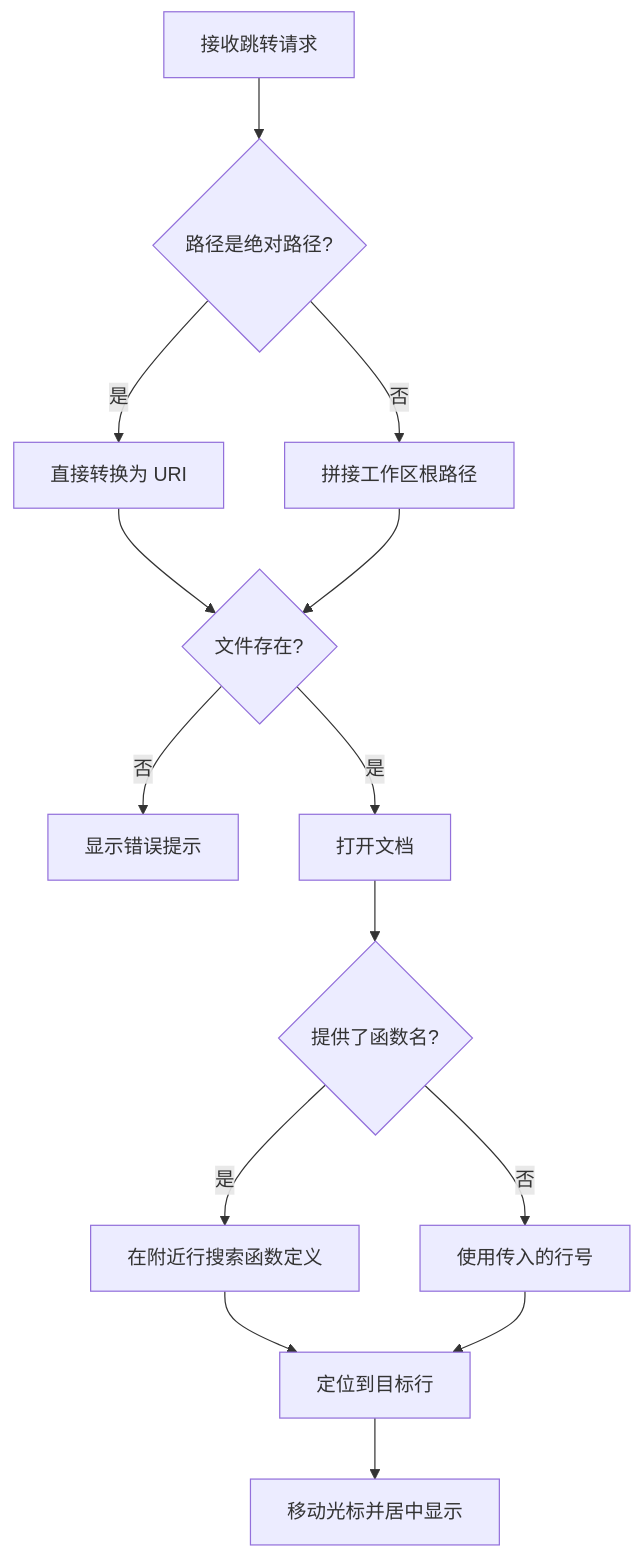
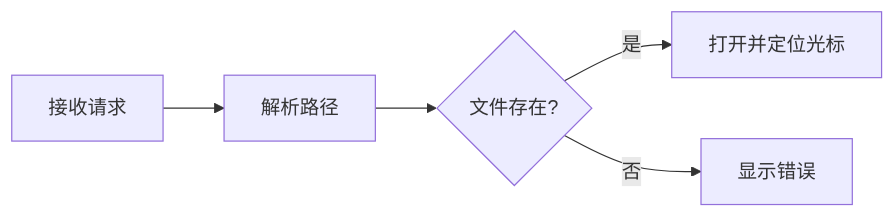
The sixth of 9 diagrams in RequirementDocument/设计文档.md (Aldebaran638/Doc-Doctor), drawn with Mermaid before and after one commit. The commit also changed other lines of this file, not shown here.

````diff
--- a/RequirementDocument/设计文档.md
+++ b/RequirementDocument/设计文档.md
@@ -300,16 +225,6 @@
 ```mermaid
-flowchart TD
-    A[接收跳转请求] --> B{路径是绝对路径?}
-    B -->|是| C[直接转换为 URI]
-    B -->|否| D[拼接工作区根路径]
-    C --> E{文件存在?}
-    D --> E
-    E -->|否| F[显示错误提示]
-    E -->|是| G[打开文档]
-    G --> H{提供了函数名?}
-    H -->|是| I[在附近行搜索函数定义]
-    H -->|否| J[使用传入的行号]
-    I --> K[定位到目标行]
-    J --> K
-    K --> L[移动光标并居中显示]
+flowchart LR
+    A[接收请求] --> B[解析路径] --> C{文件存在?}
+    C -->|是| D[打开并定位光标]
+    C -->|否| E[显示错误]
 ```
````
